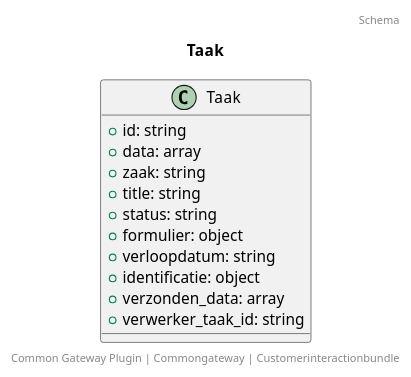
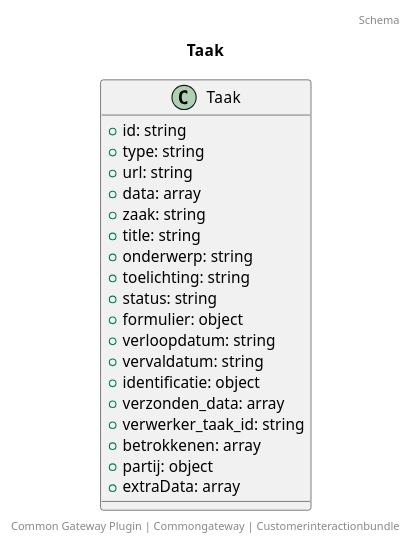
One commit to CommonGateway/CustomerInteractionBundle changed the diagram in docs/schema/klant.taak.puml. Above: the diagram before and after it, drawn with PlantUML. The commit also changed 29 other files, not shown here.

```diff
--- a/docs/schema/klant.taak.puml
+++ b/docs/schema/klant.taak.puml
@@ -1,18 +1,26 @@
 @startuml
 title: Taak
 footer: Common Gateway Plugin | Commongateway | Customerinteractionbundle 
 header: Schema
 
 class Taak {
   + id: string
+  + type: string
+  + url: string
   + data: array
   + zaak: string
   + title: string
+  + onderwerp: string
+  + toelichting: string
   + status: string
   + formulier: object
   + verloopdatum: string
+  + vervaldatum: string
   + identificatie: object
   + verzonden_data: array
   + verwerker_taak_id: string
+  + betrokkenen: array
+  + partij: object
+  + extraData: array
 }
 @enduml
```
